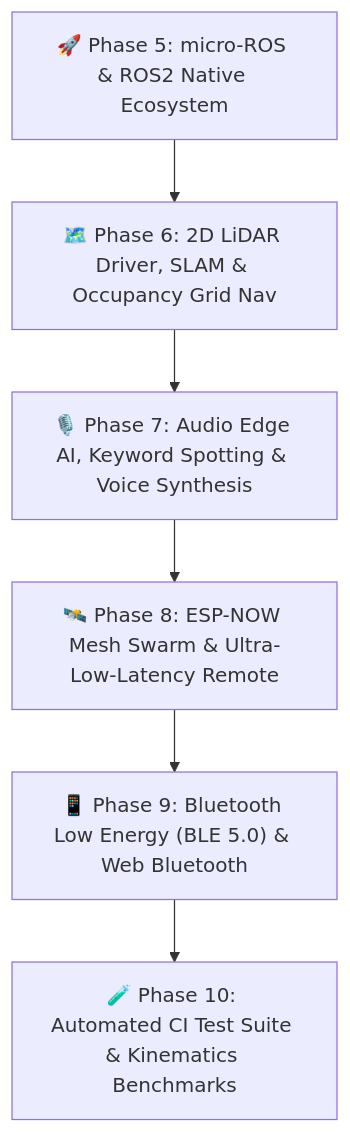
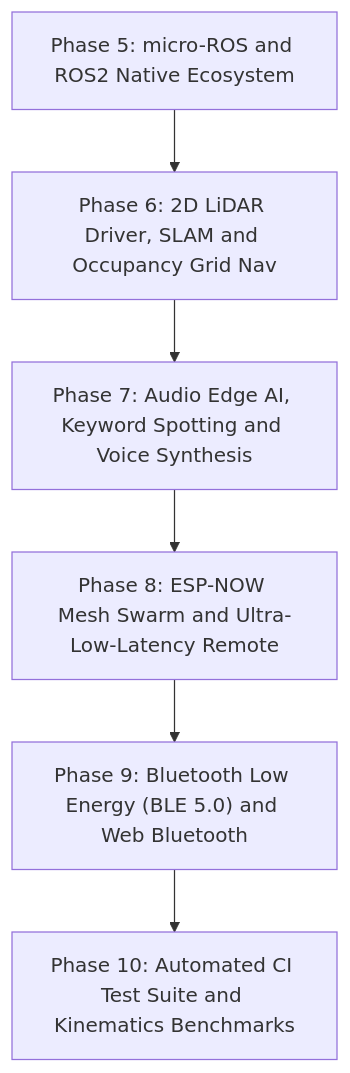
Before and after one commit to tamimystic/tamimystic-os: the diagram in ROADMAP.md, drawn with Mermaid. The commit also changed other lines of this file and 23 other files, not shown here.

````diff
--- a/ROADMAP.md
+++ b/ROADMAP.md
@@ -11,15 +11,15 @@
 ```mermaid
 graph TD
-    P5["🚀 Phase 5: micro-ROS & ROS2 Native Ecosystem"]
-    P6["🗺️ Phase 6: 2D LiDAR Driver, SLAM & Occupancy Grid Nav"]
-    P7["🎙️ Phase 7: Audio Edge AI, Keyword Spotting & Voice Synthesis"]
-    P8["🛰️ Phase 8: ESP-NOW Mesh Swarm & Ultra-Low-Latency Remote"]
-    P9["📱 Phase 9: Bluetooth Low Energy (BLE 5.0) & Web Bluetooth"]
-    P10["🧪 Phase 10: Automated CI Test Suite & Kinematics Benchmarks"]
+    P5["Phase 5: micro-ROS and ROS2 Native Ecosystem"]
+    P6["Phase 6: 2D LiDAR Driver, SLAM and Occupancy Grid Nav"]
+    P7["Phase 7: Audio Edge AI, Keyword Spotting and Voice Synthesis"]
+    P8["Phase 8: ESP-NOW Mesh Swarm and Ultra-Low-Latency Remote"]
+    P9["Phase 9: Bluetooth Low Energy (BLE 5.0) and Web Bluetooth"]
+    P10["Phase 10: Automated CI Test Suite and Kinematics Benchmarks"]
 
     P5 --> P6
     P6 --> P7
     P7 --> P8
     P8 --> P9
     P9 --> P10
 ```
````
